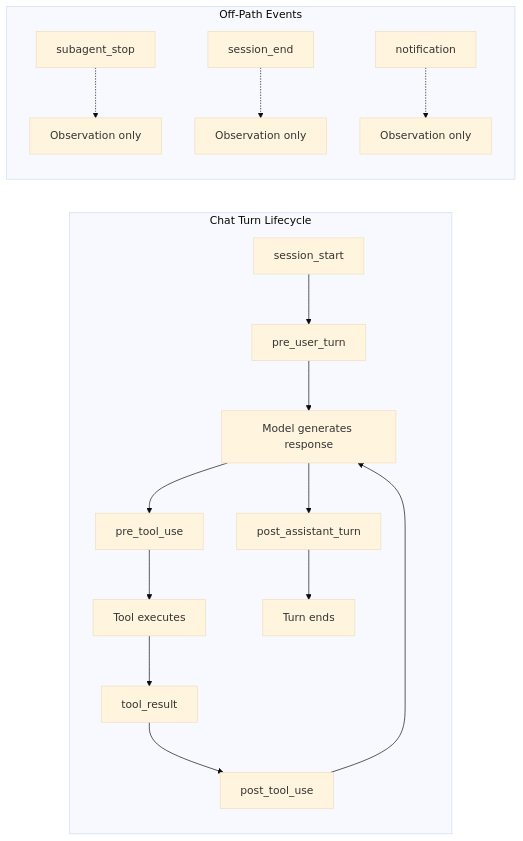
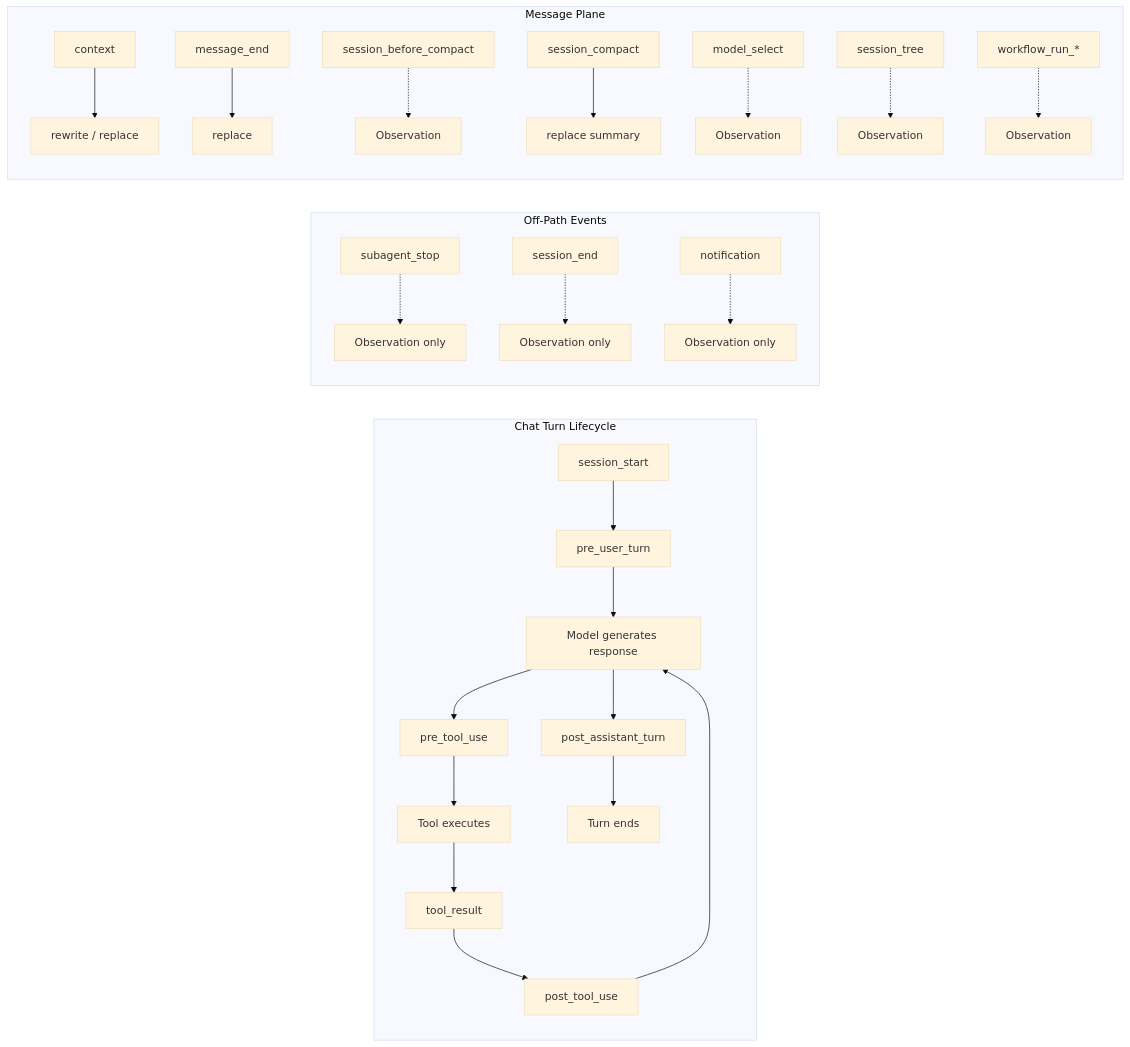
The second of 3 diagrams in content/docs/develop/extensions/hooks-lifecycle.mdx (amajorai/ryu-docs), drawn with Mermaid (base theme) before and after one commit. The commit also changed other lines of this file and 491 other files, not shown here.

````diff
--- a/content/docs/develop/extensions/hooks-lifecycle.mdx
+++ b/content/docs/develop/extensions/hooks-lifecycle.mdx
@@ -65,20 +65,30 @@
 ```mermaid
 flowchart LR
   subgraph Chat Turn Lifecycle
     A[session_start] --> B[pre_user_turn]
     B --> C[Model generates response]
     C --> D[pre_tool_use]
     D --> E[Tool executes]
     E --> T[tool_result]
     T --> F[post_tool_use]
     F --> C
     C --> G[post_assistant_turn]
     G --> H[Turn ends]
   end
 
   subgraph Off-Path Events
     I[subagent_stop] -.-> J[Observation only]
     K[session_end] -.-> L[Observation only]
     M[notification] -.-> N[Observation only]
   end
+
+  subgraph Message Plane
+    O[context] --> P[rewrite / replace]
+    Q[message_end] --> R[replace]
+    S[session_before_compact] -.-> SB[Observation]
+    S2[session_compact] --> SC[replace summary]
+    T2[model_select] -.-> U2[Observation]
+    V[session_tree] -.-> W[Observation]
+    X[workflow_run_*] -.-> Y[Observation]
+  end
 ```
````
